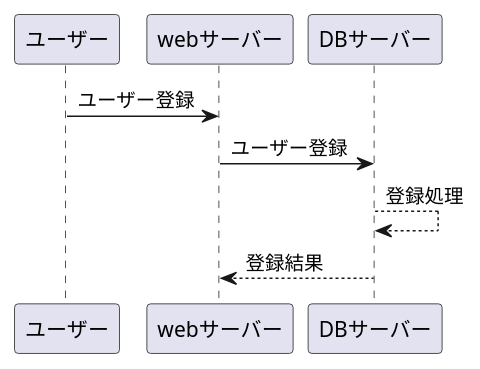
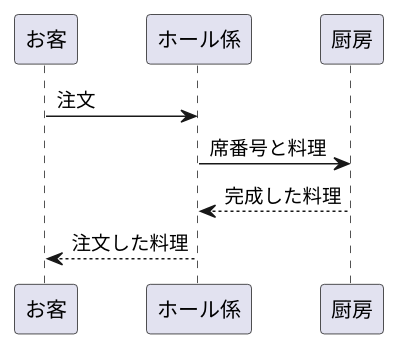
One commit to Aso2001165/2021sys-design-3 changed the diagram in kadai8.md. Above: the diagram before and after it, drawn with PlantUML.

```diff
--- a/kadai8.md
+++ b/kadai8.md
@@ -1,8 +1,6 @@
 @startuml
-
-ユーザー -> webサーバー: ユーザー登録
-webサーバー -> DBサーバー: ユーザー登録
-DBサーバー --> DBサーバー: 登録処理
-DBサーバー --> webサーバー: 登録結果
-
+お客 -> ホール係: 注文
+ホール係 -> 厨房: 席番号と料理
+厨房 --> ホール係: 完成した料理
+ホール係 --> お客: 注文した料理
 @enduml
```
